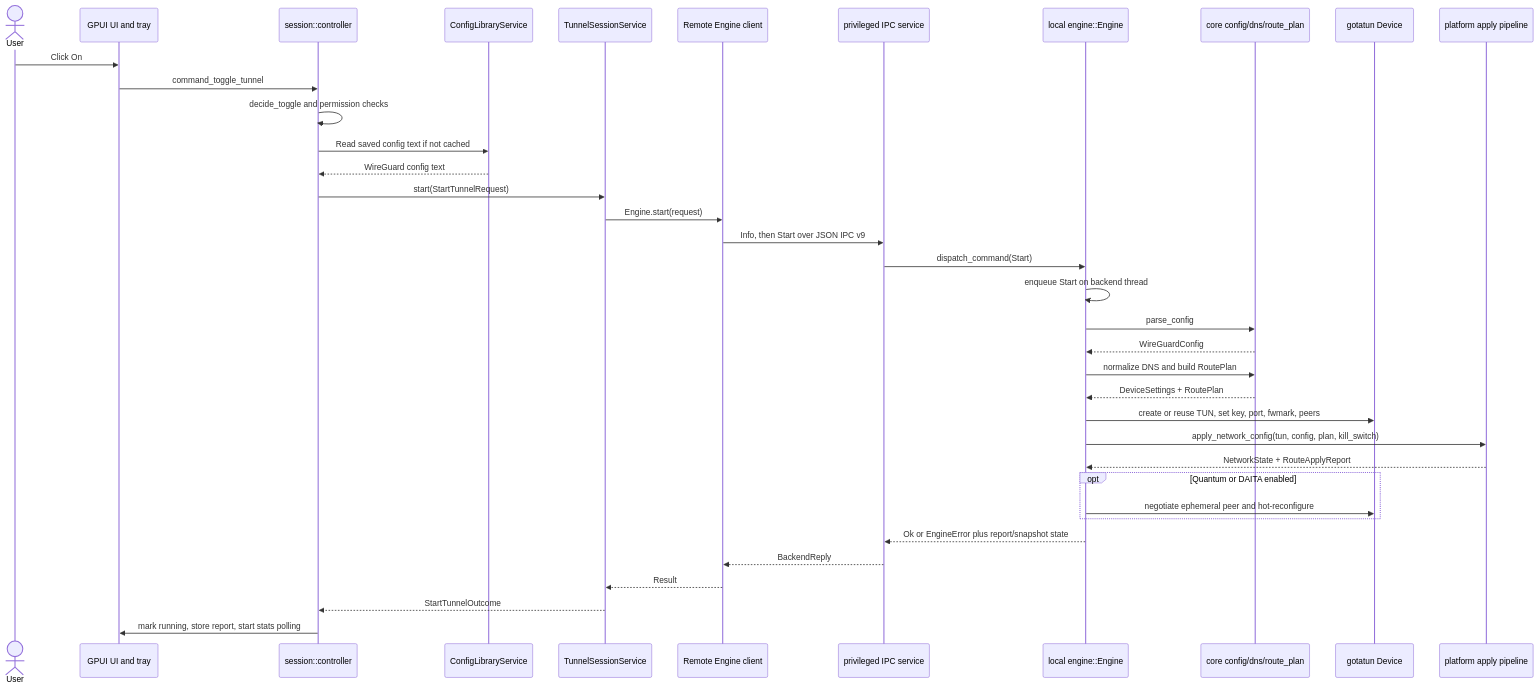
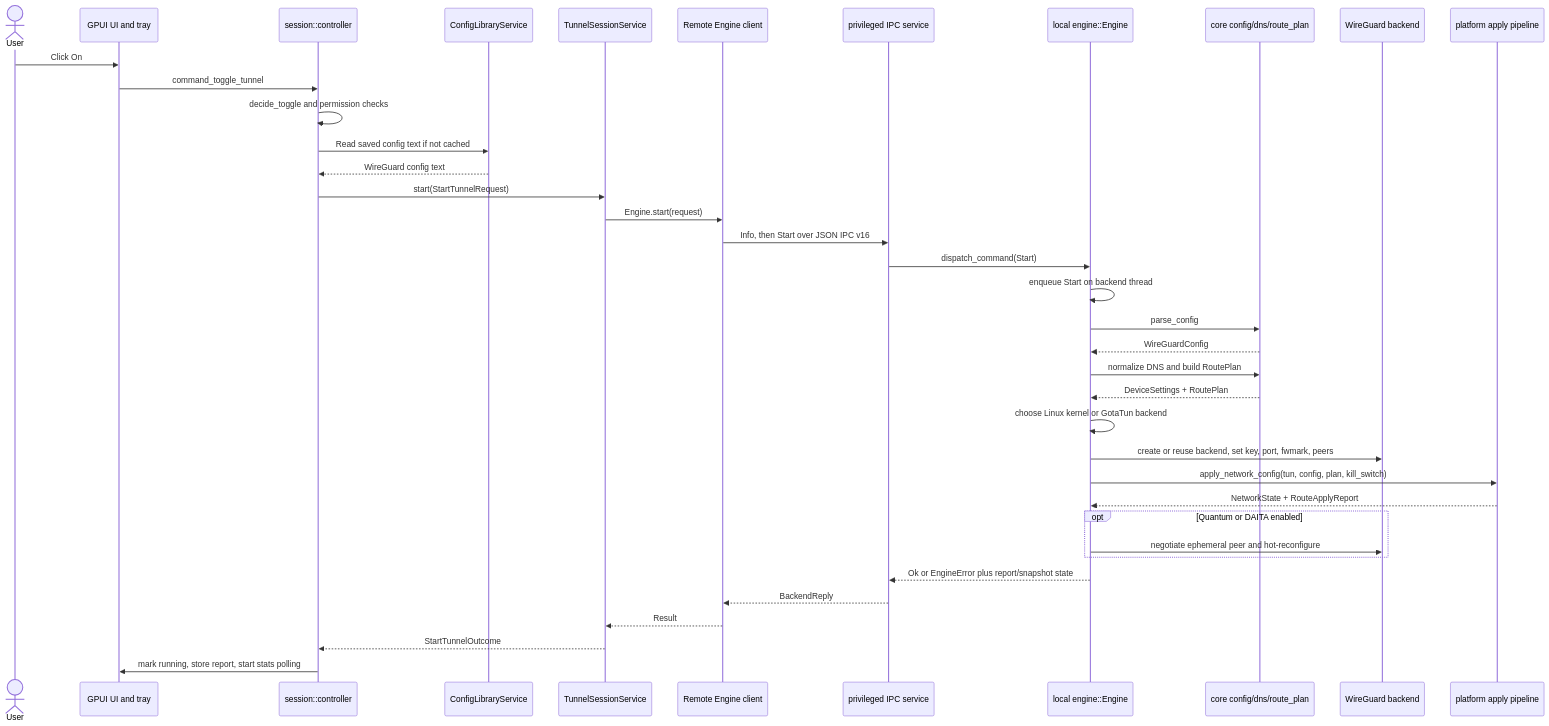
Before and after one commit to lurenjia534/r-wg: the third of 3 diagrams in README.md, drawn with Mermaid. The commit also changed other lines of this file, not shown here.

Commit message:
docs: update architecture diagrams

````diff
--- a/README.md
+++ b/README.md
@@ -339,40 +352,41 @@
 ```mermaid
 sequenceDiagram
     actor User
     participant UI as GPUI UI and tray
     participant Controller as session::controller
     participant Library as ConfigLibraryService
     participant Session as TunnelSessionService
     participant Remote as Remote Engine client
     participant Service as privileged IPC service
     participant Engine as local engine::Engine
     participant Core as core config/dns/route_plan
-    participant Device as gotatun Device
+    participant Device as WireGuard backend
     participant Platform as platform apply pipeline
 
     User->>UI: Click On
     UI->>Controller: command_toggle_tunnel
     Controller->>Controller: decide_toggle and permission checks
     Controller->>Library: Read saved config text if not cached
     Library-->>Controller: WireGuard config text
     Controller->>Session: start(StartTunnelRequest)
     Session->>Remote: Engine.start(request)
-    Remote->>Service: Info, then Start over JSON IPC v9
+    Remote->>Service: Info, then Start over JSON IPC v16
     Service->>Engine: dispatch_command(Start)
     Engine->>Engine: enqueue Start on backend thread
     Engine->>Core: parse_config
     Core-->>Engine: WireGuardConfig
     Engine->>Core: normalize DNS and build RoutePlan
     Core-->>Engine: DeviceSettings + RoutePlan
-    Engine->>Device: create or reuse TUN, set key, port, fwmark, peers
+    Engine->>Engine: choose Linux kernel or GotaTun backend
+    Engine->>Device: create or reuse backend, set key, port, fwmark, peers
     Engine->>Platform: apply_network_config(tun, config, plan, kill_switch)
     Platform-->>Engine: NetworkState + RouteApplyReport
     opt Quantum or DAITA enabled
         Engine->>Device: negotiate ephemeral peer and hot-reconfigure
     end
     Engine-->>Service: Ok or EngineError plus report/snapshot state
     Service-->>Remote: BackendReply
     Remote-->>Session: Result
     Session-->>Controller: StartTunnelOutcome
     Controller->>UI: mark running, store report, start stats polling
 ```
````
